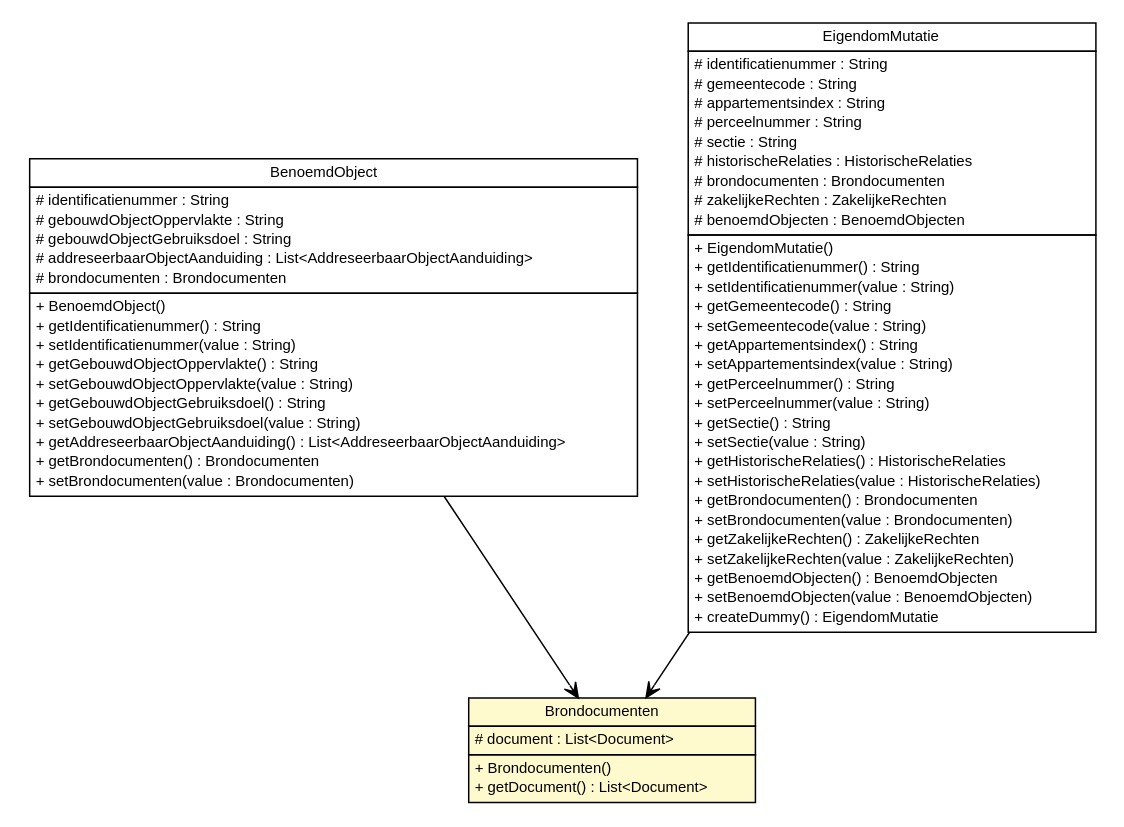
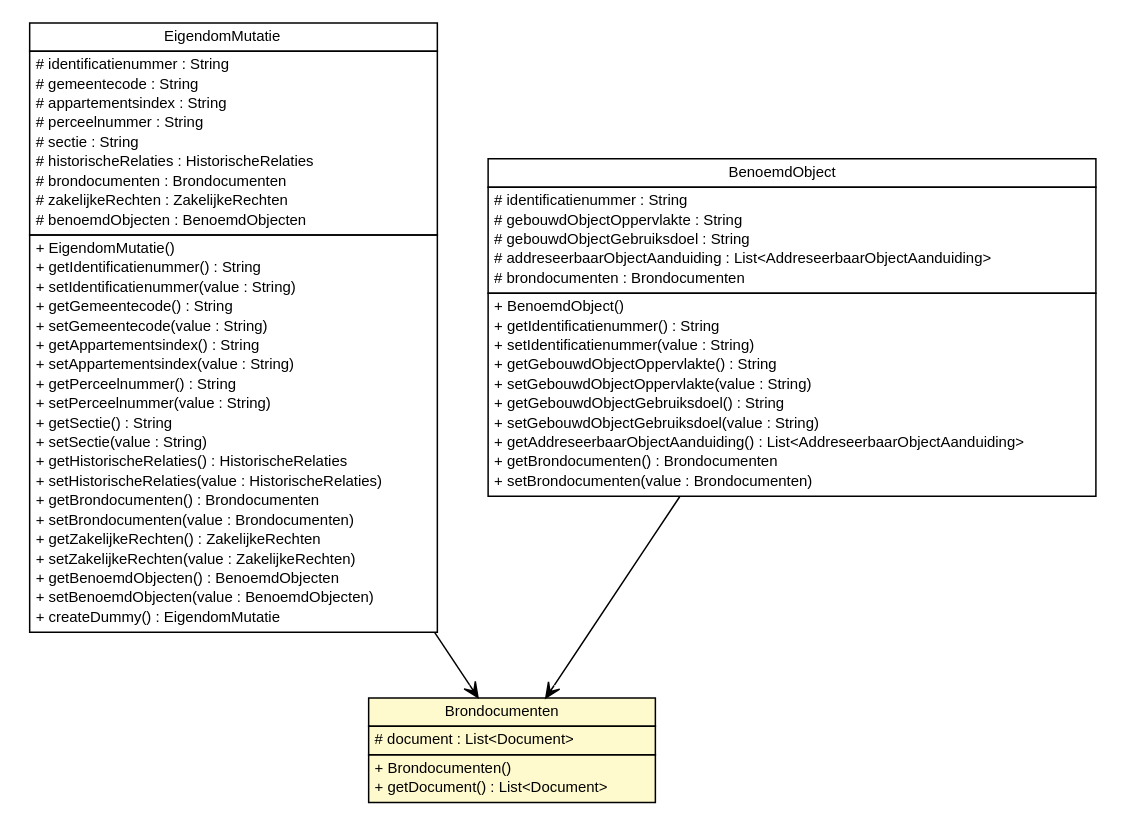
The diagram in brmo-soap/apidocs/nl/b3p/brmo/soap/eigendom/Brondocumenten.dot (B3Partners/brmo), drawn with Graphviz before and after one commit. The commit also changed 227 other files, not shown here.

```diff
--- a/brmo-soap/apidocs/nl/b3p/brmo/soap/eigendom/Brondocumenten.dot
+++ b/brmo-soap/apidocs/nl/b3p/brmo/soap/eigendom/Brondocumenten.dot
@@ -1,93 +1,93 @@
 #!/usr/local/bin/dot
 #
 # Class diagram 
 # Generated by UMLGraph version R5_6-24-gf6e263 (http://www.umlgraph.org/)
 #
 
 digraph G {
 	edge [fontname="Helvetica",fontsize=10,labelfontname="Helvetica",labelfontsize=10];
 	node [fontname="Helvetica",fontsize=10,shape=plaintext];
 	nodesep=0.25;
 	ranksep=0.5;
 	// nl.b3p.brmo.soap.eigendom.Brondocumenten
-	c592 [label=<<table title="nl.b3p.brmo.soap.eigendom.Brondocumenten" border="0" cellborder="1" cellspacing="0" cellpadding="2" port="p" bgcolor="lemonChiffon" href="./Brondocumenten.html">
+	c594 [label=<<table title="nl.b3p.brmo.soap.eigendom.Brondocumenten" border="0" cellborder="1" cellspacing="0" cellpadding="2" port="p" bgcolor="lemonChiffon" href="./Brondocumenten.html">
 		<tr><td><table border="0" cellspacing="0" cellpadding="1">
 <tr><td align="center" balign="center"> Brondocumenten </td></tr>
 		</table></td></tr>
 		<tr><td><table border="0" cellspacing="0" cellpadding="1">
 <tr><td align="left" balign="left"> # document : List&lt;Document&gt; </td></tr>
 		</table></td></tr>
 		<tr><td><table border="0" cellspacing="0" cellpadding="1">
 <tr><td align="left" balign="left"> + Brondocumenten() </td></tr>
 <tr><td align="left" balign="left"> + getDocument() : List&lt;Document&gt; </td></tr>
 		</table></td></tr>
 		</table>>, URL="./Brondocumenten.html", fontname="Helvetica", fontcolor="black", fontsize=10.0];
-	// nl.b3p.brmo.soap.eigendom.BenoemdObject
-	c606 [label=<<table title="nl.b3p.brmo.soap.eigendom.BenoemdObject" border="0" cellborder="1" cellspacing="0" cellpadding="2" port="p" href="./BenoemdObject.html">
-		<tr><td><table border="0" cellspacing="0" cellpadding="1">
-<tr><td align="center" balign="center"> BenoemdObject </td></tr>
-		</table></td></tr>
-		<tr><td><table border="0" cellspacing="0" cellpadding="1">
-<tr><td align="left" balign="left"> # identificatienummer : String </td></tr>
-<tr><td align="left" balign="left"> # gebouwdObjectOppervlakte : String </td></tr>
-<tr><td align="left" balign="left"> # gebouwdObjectGebruiksdoel : String </td></tr>
-<tr><td align="left" balign="left"> # addreseerbaarObjectAanduiding : List&lt;AddreseerbaarObjectAanduiding&gt; </td></tr>
-<tr><td align="left" balign="left"> # brondocumenten : Brondocumenten </td></tr>
-		</table></td></tr>
-		<tr><td><table border="0" cellspacing="0" cellpadding="1">
-<tr><td align="left" balign="left"> + BenoemdObject() </td></tr>
-<tr><td align="left" balign="left"> + getIdentificatienummer() : String </td></tr>
-<tr><td align="left" balign="left"> + setIdentificatienummer(value : String) </td></tr>
-<tr><td align="left" balign="left"> + getGebouwdObjectOppervlakte() : String </td></tr>
-<tr><td align="left" balign="left"> + setGebouwdObjectOppervlakte(value : String) </td></tr>
-<tr><td align="left" balign="left"> + getGebouwdObjectGebruiksdoel() : String </td></tr>
-<tr><td align="left" balign="left"> + setGebouwdObjectGebruiksdoel(value : String) </td></tr>
-<tr><td align="left" balign="left"> + getAddreseerbaarObjectAanduiding() : List&lt;AddreseerbaarObjectAanduiding&gt; </td></tr>
-<tr><td align="left" balign="left"> + getBrondocumenten() : Brondocumenten </td></tr>
-<tr><td align="left" balign="left"> + setBrondocumenten(value : Brondocumenten) </td></tr>
-		</table></td></tr>
-		</table>>, URL="./BenoemdObject.html", fontname="Helvetica", fontcolor="black", fontsize=10.0];
 	// nl.b3p.brmo.soap.eigendom.EigendomMutatie
-	c608 [label=<<table title="nl.b3p.brmo.soap.eigendom.EigendomMutatie" border="0" cellborder="1" cellspacing="0" cellpadding="2" port="p" href="./EigendomMutatie.html">
+	c595 [label=<<table title="nl.b3p.brmo.soap.eigendom.EigendomMutatie" border="0" cellborder="1" cellspacing="0" cellpadding="2" port="p" href="./EigendomMutatie.html">
 		<tr><td><table border="0" cellspacing="0" cellpadding="1">
 <tr><td align="center" balign="center"> EigendomMutatie </td></tr>
 		</table></td></tr>
 		<tr><td><table border="0" cellspacing="0" cellpadding="1">
 <tr><td align="left" balign="left"> # identificatienummer : String </td></tr>
 <tr><td align="left" balign="left"> # gemeentecode : String </td></tr>
 <tr><td align="left" balign="left"> # appartementsindex : String </td></tr>
 <tr><td align="left" balign="left"> # perceelnummer : String </td></tr>
 <tr><td align="left" balign="left"> # sectie : String </td></tr>
 <tr><td align="left" balign="left"> # historischeRelaties : HistorischeRelaties </td></tr>
 <tr><td align="left" balign="left"> # brondocumenten : Brondocumenten </td></tr>
 <tr><td align="left" balign="left"> # zakelijkeRechten : ZakelijkeRechten </td></tr>
 <tr><td align="left" balign="left"> # benoemdObjecten : BenoemdObjecten </td></tr>
 		</table></td></tr>
 		<tr><td><table border="0" cellspacing="0" cellpadding="1">
 <tr><td align="left" balign="left"> + EigendomMutatie() </td></tr>
 <tr><td align="left" balign="left"> + getIdentificatienummer() : String </td></tr>
 <tr><td align="left" balign="left"> + setIdentificatienummer(value : String) </td></tr>
 <tr><td align="left" balign="left"> + getGemeentecode() : String </td></tr>
 <tr><td align="left" balign="left"> + setGemeentecode(value : String) </td></tr>
 <tr><td align="left" balign="left"> + getAppartementsindex() : String </td></tr>
 <tr><td align="left" balign="left"> + setAppartementsindex(value : String) </td></tr>
 <tr><td align="left" balign="left"> + getPerceelnummer() : String </td></tr>
 <tr><td align="left" balign="left"> + setPerceelnummer(value : String) </td></tr>
 <tr><td align="left" balign="left"> + getSectie() : String </td></tr>
 <tr><td align="left" balign="left"> + setSectie(value : String) </td></tr>
 <tr><td align="left" balign="left"> + getHistorischeRelaties() : HistorischeRelaties </td></tr>
 <tr><td align="left" balign="left"> + setHistorischeRelaties(value : HistorischeRelaties) </td></tr>
 <tr><td align="left" balign="left"> + getBrondocumenten() : Brondocumenten </td></tr>
 <tr><td align="left" balign="left"> + setBrondocumenten(value : Brondocumenten) </td></tr>
 <tr><td align="left" balign="left"> + getZakelijkeRechten() : ZakelijkeRechten </td></tr>
 <tr><td align="left" balign="left"> + setZakelijkeRechten(value : ZakelijkeRechten) </td></tr>
 <tr><td align="left" balign="left"> + getBenoemdObjecten() : BenoemdObjecten </td></tr>
 <tr><td align="left" balign="left"> + setBenoemdObjecten(value : BenoemdObjecten) </td></tr>
 <tr><td align="left" balign="left"> + createDummy() : EigendomMutatie </td></tr>
 		</table></td></tr>
 		</table>>, URL="./EigendomMutatie.html", fontname="Helvetica", fontcolor="black", fontsize=10.0];
+	// nl.b3p.brmo.soap.eigendom.BenoemdObject
+	c607 [label=<<table title="nl.b3p.brmo.soap.eigendom.BenoemdObject" border="0" cellborder="1" cellspacing="0" cellpadding="2" port="p" href="./BenoemdObject.html">
+		<tr><td><table border="0" cellspacing="0" cellpadding="1">
+<tr><td align="center" balign="center"> BenoemdObject </td></tr>
+		</table></td></tr>
+		<tr><td><table border="0" cellspacing="0" cellpadding="1">
+<tr><td align="left" balign="left"> # identificatienummer : String </td></tr>
+<tr><td align="left" balign="left"> # gebouwdObjectOppervlakte : String </td></tr>
+<tr><td align="left" balign="left"> # gebouwdObjectGebruiksdoel : String </td></tr>
+<tr><td align="left" balign="left"> # addreseerbaarObjectAanduiding : List&lt;AddreseerbaarObjectAanduiding&gt; </td></tr>
+<tr><td align="left" balign="left"> # brondocumenten : Brondocumenten </td></tr>
+		</table></td></tr>
+		<tr><td><table border="0" cellspacing="0" cellpadding="1">
+<tr><td align="left" balign="left"> + BenoemdObject() </td></tr>
+<tr><td align="left" balign="left"> + getIdentificatienummer() : String </td></tr>
+<tr><td align="left" balign="left"> + setIdentificatienummer(value : String) </td></tr>
+<tr><td align="left" balign="left"> + getGebouwdObjectOppervlakte() : String </td></tr>
+<tr><td align="left" balign="left"> + setGebouwdObjectOppervlakte(value : String) </td></tr>
+<tr><td align="left" balign="left"> + getGebouwdObjectGebruiksdoel() : String </td></tr>
+<tr><td align="left" balign="left"> + setGebouwdObjectGebruiksdoel(value : String) </td></tr>
+<tr><td align="left" balign="left"> + getAddreseerbaarObjectAanduiding() : List&lt;AddreseerbaarObjectAanduiding&gt; </td></tr>
+<tr><td align="left" balign="left"> + getBrondocumenten() : Brondocumenten </td></tr>
+<tr><td align="left" balign="left"> + setBrondocumenten(value : Brondocumenten) </td></tr>
+		</table></td></tr>
+		</table>>, URL="./BenoemdObject.html", fontname="Helvetica", fontcolor="black", fontsize=10.0];
+	// nl.b3p.brmo.soap.eigendom.EigendomMutatie NAVASSOC nl.b3p.brmo.soap.eigendom.Brondocumenten
+	c595:p -> c594:p [taillabel="", label="", headlabel="", fontname="Helvetica", fontcolor="black", fontsize=10.0, color="black", arrowhead=open];
 	// nl.b3p.brmo.soap.eigendom.BenoemdObject NAVASSOC nl.b3p.brmo.soap.eigendom.Brondocumenten
-	c606:p -> c592:p [taillabel="", label="", headlabel="", fontname="Helvetica", fontcolor="black", fontsize=10.0, color="black", arrowhead=open];
-	// nl.b3p.brmo.soap.eigendom.EigendomMutatie NAVASSOC nl.b3p.brmo.soap.eigendom.Brondocumenten
-	c608:p -> c592:p [taillabel="", label="", headlabel="", fontname="Helvetica", fontcolor="black", fontsize=10.0, color="black", arrowhead=open];
+	c607:p -> c594:p [taillabel="", label="", headlabel="", fontname="Helvetica", fontcolor="black", fontsize=10.0, color="black", arrowhead=open];
 }
```
